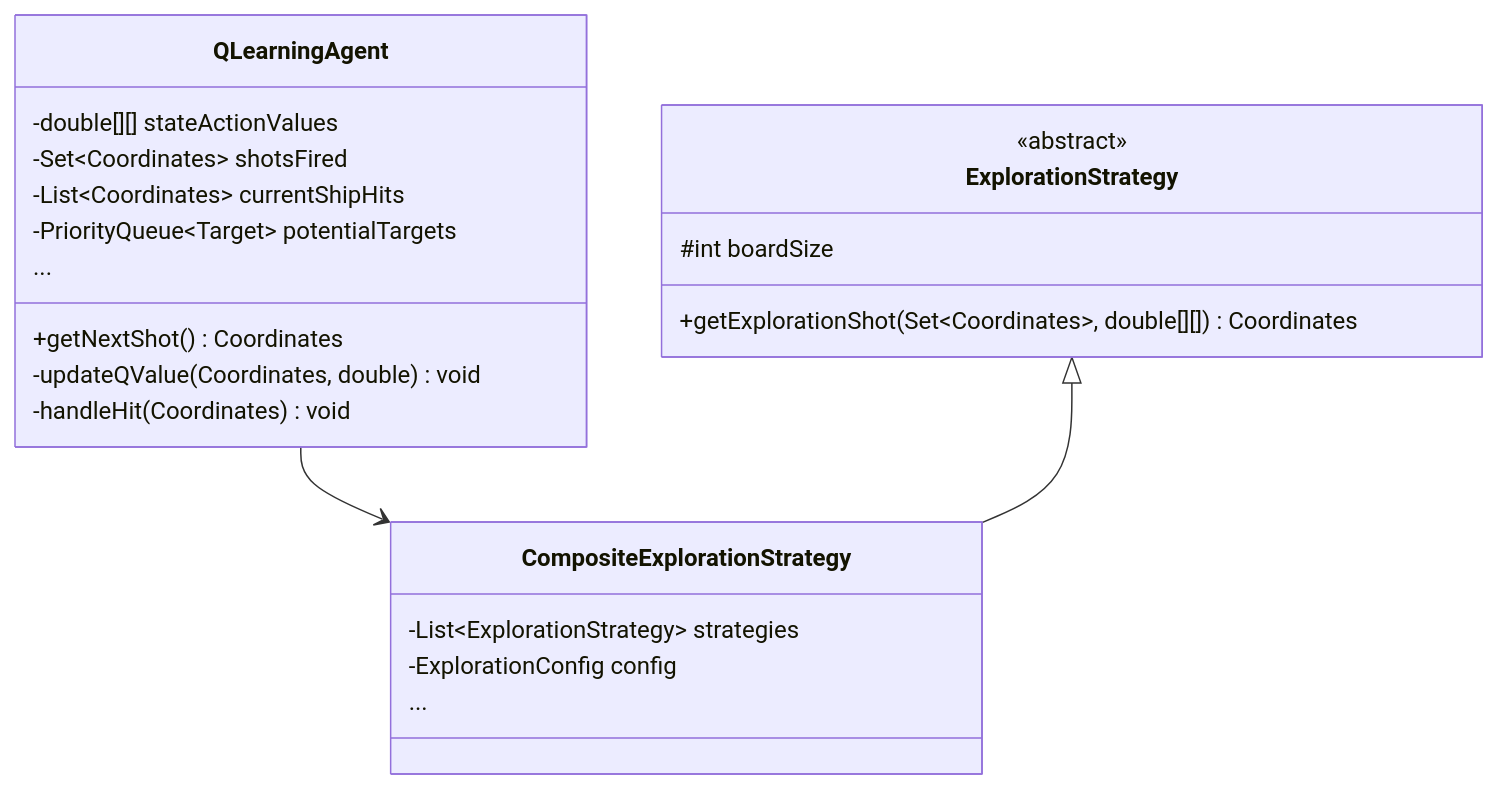
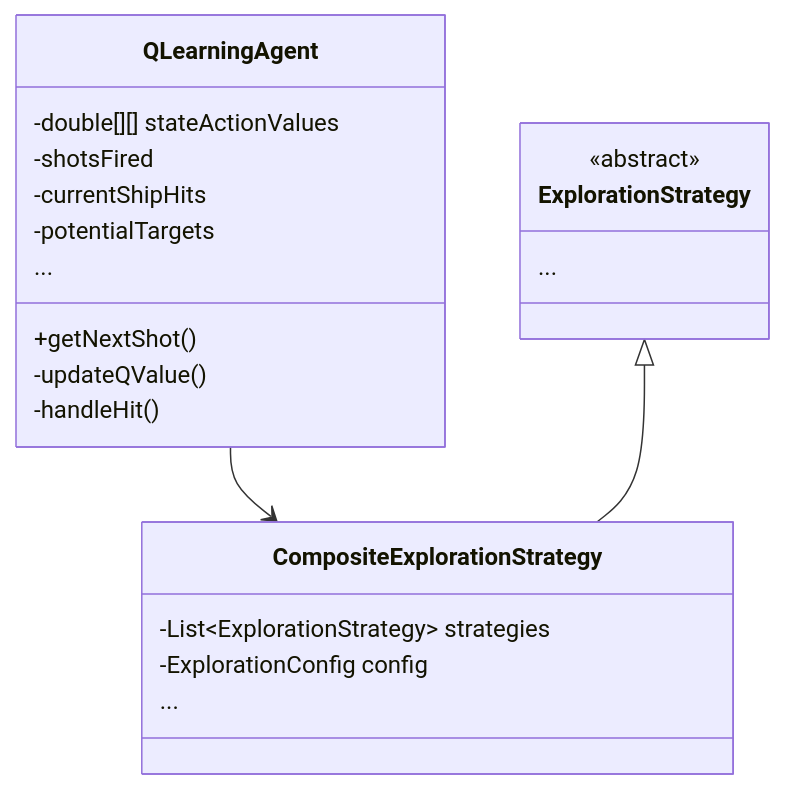
The second of 2 diagrams in README.md (werka-z/RL-battleships), drawn with Mermaid before and after one commit. The commit also changed other lines of this file, not shown here.

Commit message:
Further redundancy reduction

````diff
--- a/README.md
+++ b/README.md
@@ -84,28 +84,27 @@
 ```mermaid
 classDiagram
     class QLearningAgent {
         -double[][] stateActionValues
-        -Set~Coordinates~ shotsFired
-        -List~Coordinates~ currentShipHits
-        -PriorityQueue~Target~ potentialTargets
-        +getNextShot() Coordinates
-        -updateQValue(Coordinates, double) void
-        -handleHit(Coordinates) void
+        -shotsFired
+        -currentShipHits
+        -potentialTargets
+        +getNextShot()
+        -updateQValue() 
+        -handleHit()
         ...
     }
 
     class ExplorationStrategy {
         <<abstract>>
-        #int boardSize
-        +getExplorationShot(Set~Coordinates~, double[][]) Coordinates
+         ...
     }
 
     class CompositeExplorationStrategy {
         -List~ExplorationStrategy~ strategies
         -ExplorationConfig config
         ...
     }
 
     QLearningAgent --> CompositeExplorationStrategy
     ExplorationStrategy <|-- CompositeExplorationStrategy
 ```
````
